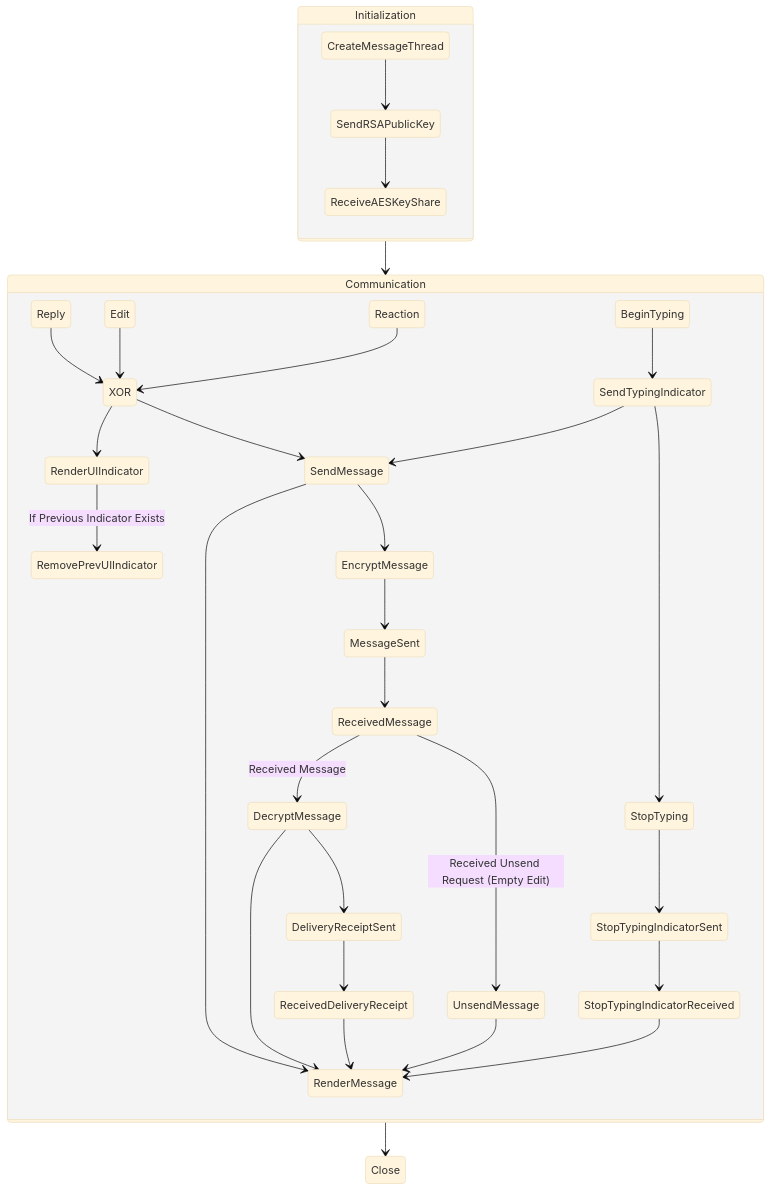
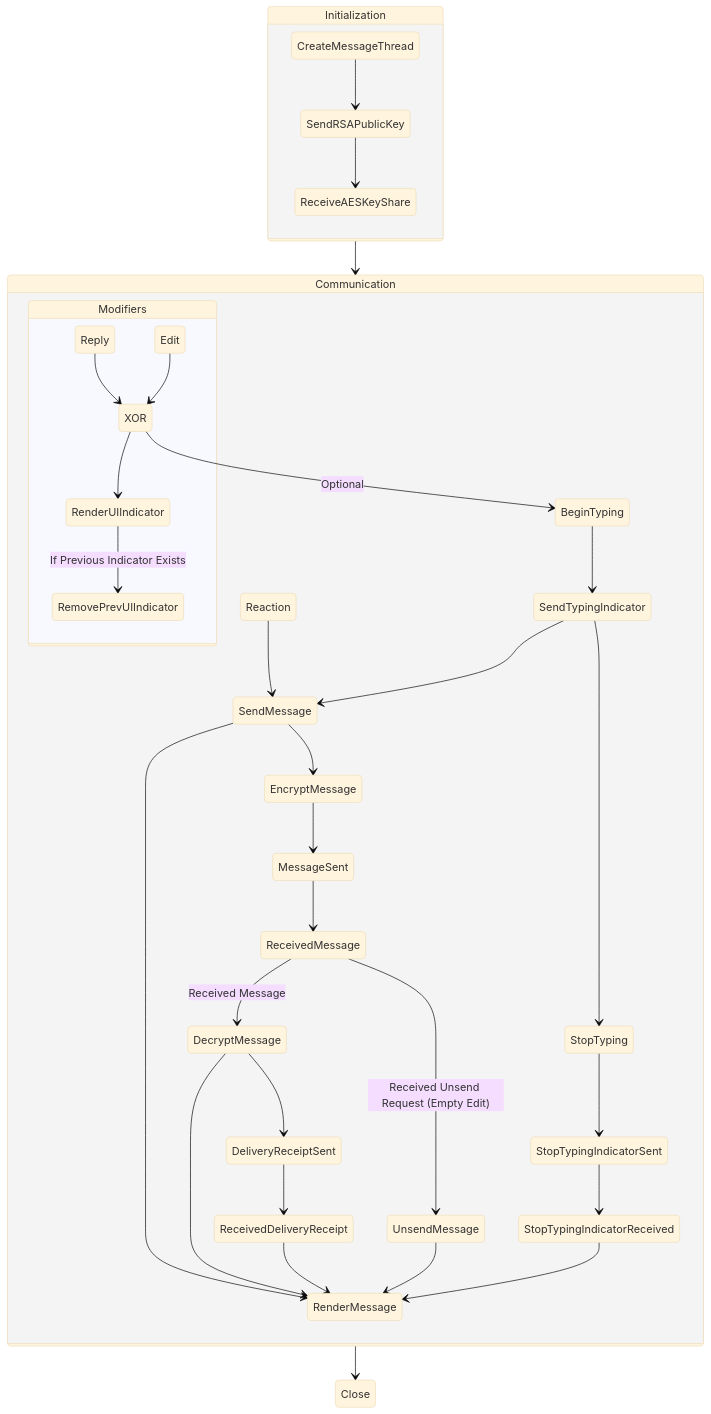
Before and after one commit to xXCrash2BomberXx/TinyChat: the fifth of 5 diagrams in 4+1.md, drawn with Mermaid (base theme).

````diff
--- a/4+1.md
+++ b/4+1.md
@@ -132,34 +132,36 @@
 ```mermaid
 stateDiagram
   state Initialization {
     CreateMessageThread --> SendRSAPublicKey
     SendRSAPublicKey --> ReceiveAESKeyShare
   }
   state Communication {
-    Reply --> XOR
-    Edit --> XOR
-    Reaction --> XOR
-    XOR --> RenderUIIndicator
-    RenderUIIndicator --> RemovePrevUIIndicator: If Previous Indicator Exists
-    XOR --> SendMessage
+    state Modifiers {
+      Reply --> XOR
+      Edit --> XOR
+      XOR --> RenderUIIndicator
+      RenderUIIndicator --> RemovePrevUIIndicator: If Previous Indicator Exists
+      XOR --> BeginTyping: Optional
+    }
+    Reaction --> SendMessage
     BeginTyping --> SendTypingIndicator
     SendTypingIndicator --> SendMessage
     SendMessage --> EncryptMessage
     EncryptMessage --> MessageSent
     MessageSent --> ReceivedMessage
     ReceivedMessage --> UnsendMessage: Received Unsend Request (Empty Edit)
     ReceivedMessage --> DecryptMessage: Received Message
     DecryptMessage --> DeliveryReceiptSent
     DeliveryReceiptSent --> ReceivedDeliveryReceipt
     SendTypingIndicator --> StopTyping
     StopTyping --> StopTypingIndicatorSent
     StopTypingIndicatorSent --> StopTypingIndicatorReceived
     SendMessage --> RenderMessage
     DecryptMessage --> RenderMessage
     ReceivedDeliveryReceipt --> RenderMessage
     UnsendMessage --> RenderMessage
     StopTypingIndicatorReceived --> RenderMessage
   }
   Initialization --> Communication
   Communication --> Close
 ```
````
